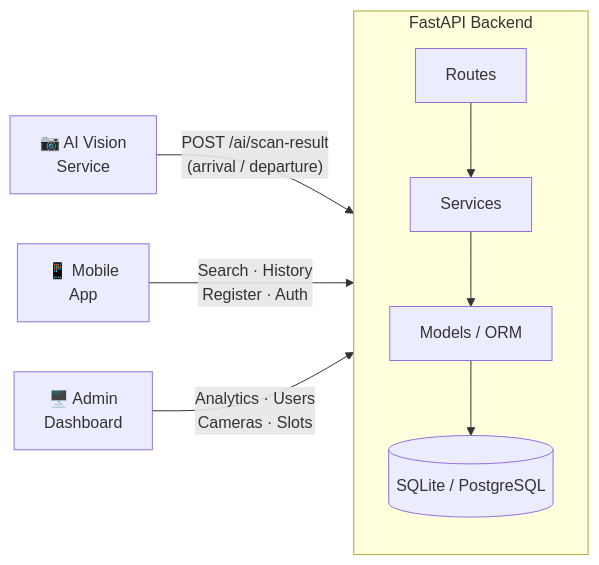
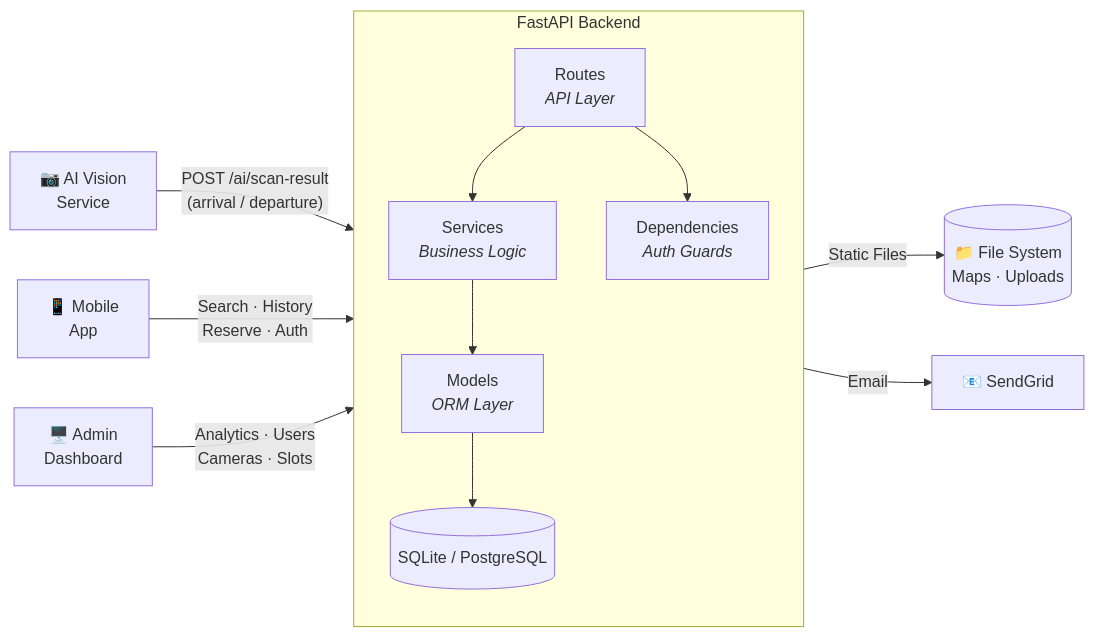
Before and after one commit to ZiadTawfiq/Go2Car_Backend_GP: the first of 4 diagrams in README.md, drawn with Mermaid. The commit also changed other lines of this file, not shown here.

````diff
--- a/README.md
+++ b/README.md
@@ -39,13 +74,17 @@
 ```mermaid
 flowchart LR
-    CAM["📷 AI Vision\nService"] -- "POST /ai/scan-result\n(arrival / departure)" --> API
-    APP["📱 Mobile\nApp"] -- "Search · History\nRegister · Auth" --> API
-    DASH["🖥️ Admin\nDashboard"] -- "Analytics · Users\nCameras · Slots" --> API
+    CAM["📷 AI Vision<br>Service"] -- "POST /ai/scan-result<br>(arrival / departure)" --> API
+    APP["📱 Mobile<br>App"] -- "Search · History<br>Reserve · Auth" --> API
+    DASH["🖥️ Admin<br>Dashboard"] -- "Analytics · Users<br>Cameras · Slots" --> API
 
     subgraph API["FastAPI Backend"]
         direction TB
-        R[Routes] --> S[Services]
-        S --> M[Models / ORM]
-        M --> DB[(SQLite / PostgreSQL)]
+        R["Routes<br><i>API Layer</i>"] --> S["Services<br><i>Business Logic</i>"]
+        S --> M["Models<br><i>ORM Layer</i>"]
+        M --> DB[("SQLite / PostgreSQL")]
+        R --> D["Dependencies<br><i>Auth Guards</i>"]
     end
+
+    API -- "Static Files" --> FS[("📁 File System<br>Maps · Uploads")]
+    API -- "Email" --> SG["📧 SendGrid"]
 ```
````
